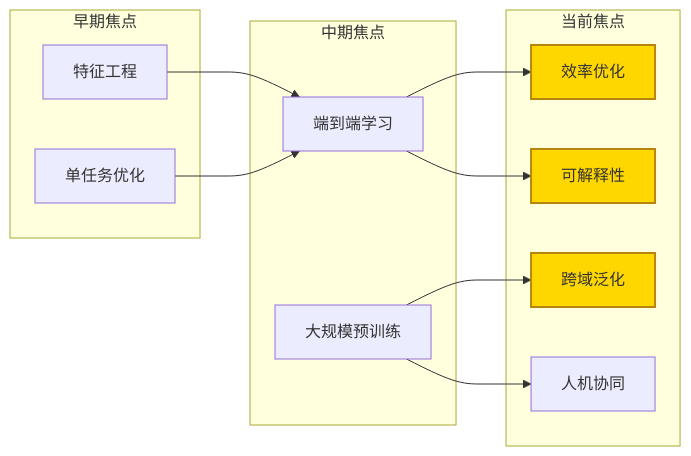
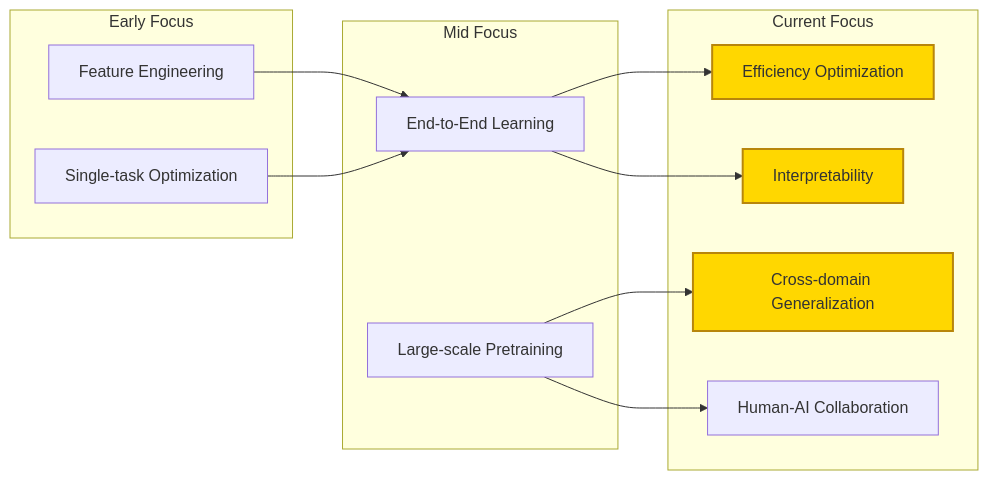
One commit to Kirky-X/cangjie changed the third of 9 diagrams in templates/【模板】论文研究报告.md. Above: the diagram before and after it, drawn with Mermaid. The commit also changed other lines of this file and 60 other files, not shown here.

````diff
--- a/templates/【模板】论文研究报告.md
+++ b/templates/【模板】论文研究报告.md
@@ -184,30 +184,30 @@
 ```mermaid
 graph LR
-    subgraph 早期焦点
-        T1[特征工程]
-        T2[单任务优化]
+    subgraph Early Focus
+        T1[Feature Engineering]
+        T2[Single-task Optimization]
     end
 
-    subgraph 中期焦点
-        T3[端到端学习]
-        T4[大规模预训练]
+    subgraph Mid Focus
+        T3[End-to-End Learning]
+        T4[Large-scale Pretraining]
     end
 
-    subgraph 当前焦点
-        T5[效率优化]
-        T6[可解释性]
-        T7[跨域泛化]
-        T8[人机协同]
+    subgraph Current Focus
+        T5[Efficiency Optimization]
+        T6[Interpretability]
+        T7[Cross-domain Generalization]
+        T8[Human-AI Collaboration]
     end
 
     T1 --> T3
     T2 --> T3
     T3 --> T5
     T3 --> T6
     T4 --> T7
     T4 --> T8
 
     style T5 fill:#ffd700,stroke:#b8860b,stroke-width:2px
     style T6 fill:#ffd700,stroke:#b8860b,stroke-width:2px
     style T7 fill:#ffd700,stroke:#b8860b,stroke-width:2px
 ```
````
